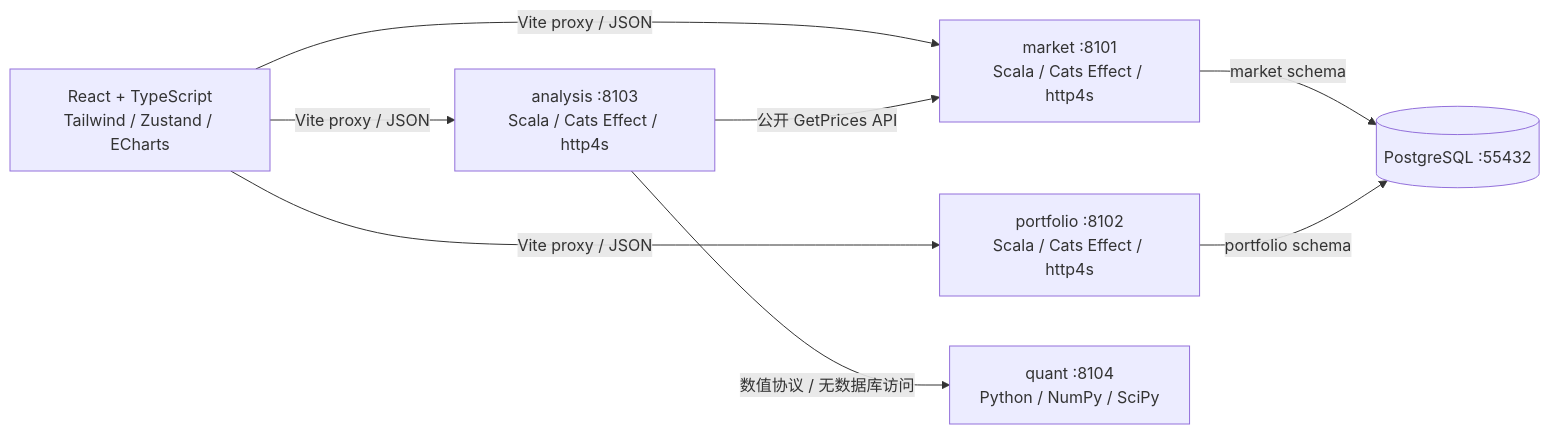
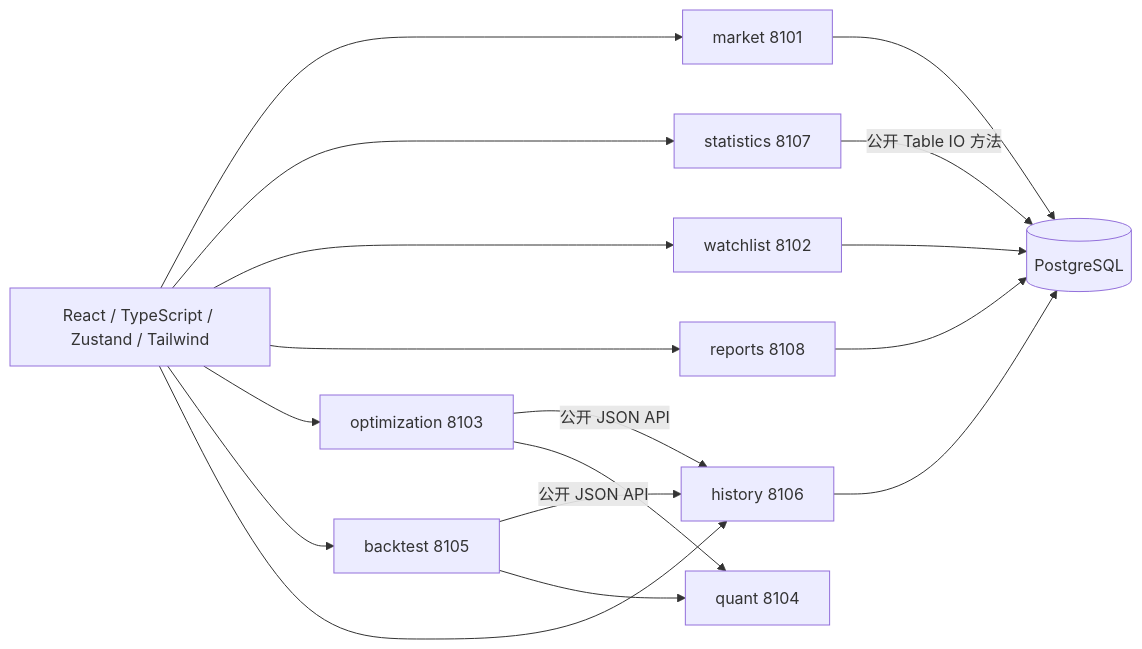
Before and after one commit to linzhefeng24/Applepie: the diagram in financial-terminal/docs/COURSE-ALIGNMENT.md, drawn with Mermaid. The commit also changed other lines of this file and 149 other files, not shown here.

Commit message:
Deliver configurable securities workspace, data access and eight-service course architecture

````diff
--- a/financial-terminal/docs/COURSE-ALIGNMENT.md
+++ b/financial-terminal/docs/COURSE-ALIGNMENT.md
@@ -5,16 +20,20 @@
 ```mermaid
 flowchart LR
-  UI[React + TypeScript\nTailwind / Zustand / ECharts]
-  M[market :8101\nScala / Cats Effect / http4s]
-  P[portfolio :8102\nScala / Cats Effect / http4s]
-  A[analysis :8103\nScala / Cats Effect / http4s]
-  Q[quant :8104\nPython / NumPy / SciPy]
-  DB[(PostgreSQL :55432)]
-  UI -->|Vite proxy / JSON| M
-  UI -->|Vite proxy / JSON| P
-  UI -->|Vite proxy / JSON| A
-  A -->|公开 GetPrices API| M
-  A -->|数值协议 / 无数据库访问| Q
-  M -->|market schema| DB
-  P -->|portfolio schema| DB
+ UI[React / TypeScript / Zustand / Tailwind]
+ UI --> M[market 8101]
+ UI --> S[statistics 8107]
+ UI --> W[watchlist 8102]
+ UI --> R[reports 8108]
+ UI --> O[optimization 8103]
+ UI --> B[backtest 8105]
+ UI --> H[history 8106]
+ O -->|公开 JSON API| H
+ B -->|公开 JSON API| H
+ O --> Q[quant 8104]
+ B --> Q
+ M --> DB[(PostgreSQL)]
+ H --> DB
+ S -->|公开 Table IO 方法| DB
+ W --> DB
+ R --> DB
 ```
````
